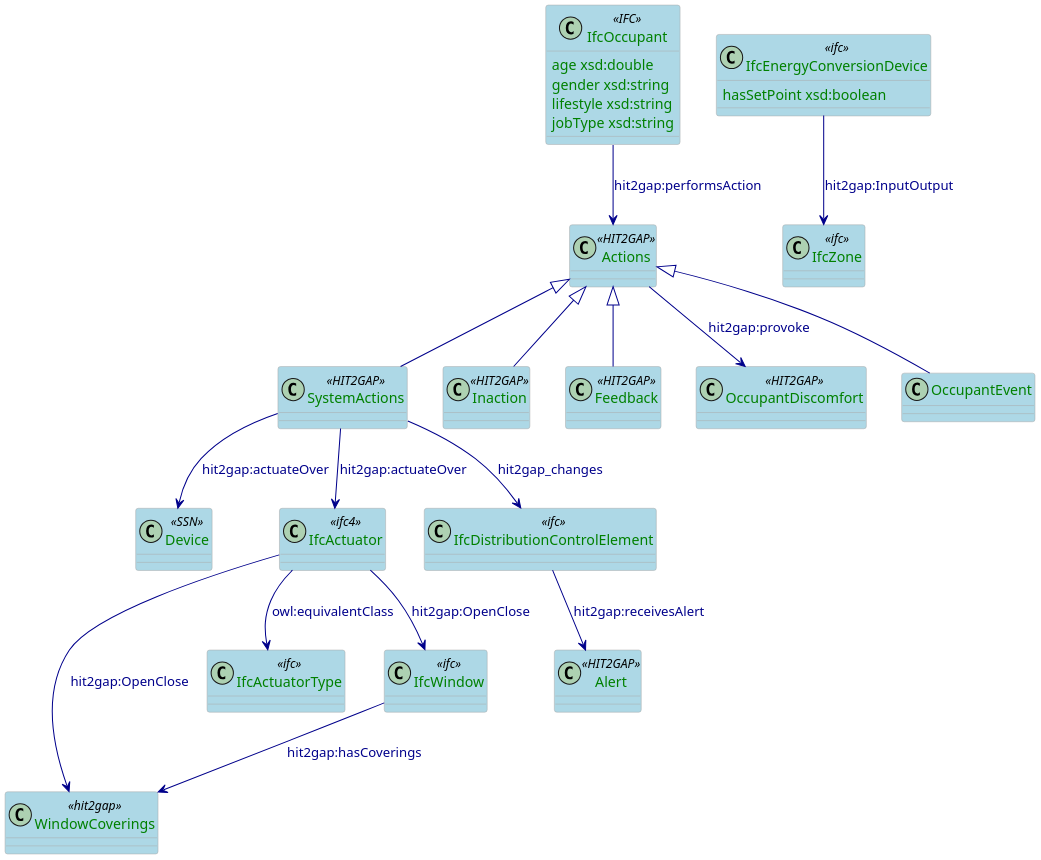
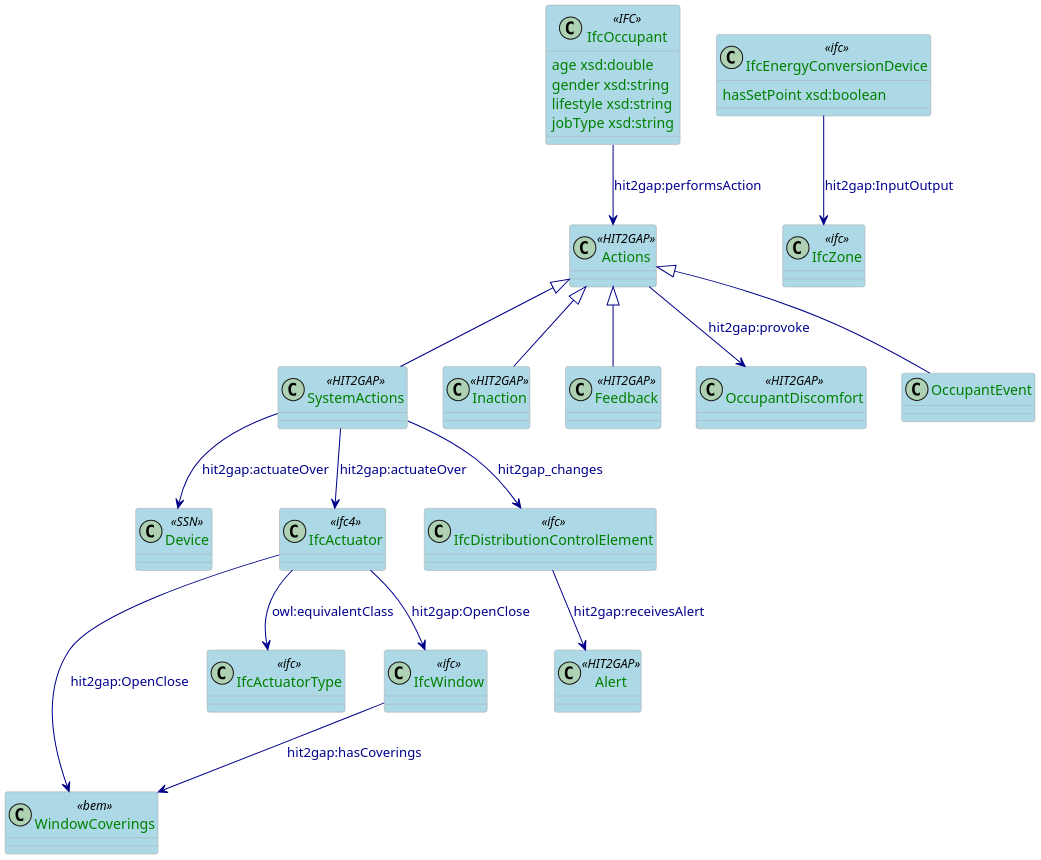
One commit to HIT2GAP-EU-PROJECT/BEMOnt changed the diagram in docs/_book/plantuml/ActionSpecification.puml. Above: the diagram before and after it, drawn with PlantUML. The commit also changed 347 other files, not shown here.

Commit message:
Update: remove all references to the Hit2gap project, and replace with bemserver.

```diff
--- a/docs/_book/plantuml/ActionSpecification.puml
+++ b/docs/_book/plantuml/ActionSpecification.puml
@@ -1,86 +1,86 @@
 @startuml
 
 scale 0.6
 
 skinparam class {
   ArrowColor DarkBlue
   ArrowFontColor DarkBlue
   BackgroundColor LightBlue
   BorderColor DarkGrey
 }
 skinparam dpi 300
 skinparam stereotypeCBackgroundColor Wheat
 skinparam classAttributeFontColor  Green
 
 class Actions <<HIT2GAP>>{
 
 }
 
 class SystemActions<<HIT2GAP>>{
 
 }
 
 class Device <<SSN>>{
 
 }
 
 class Alert <<HIT2GAP>>{
 
 }
 
 class Inaction <<HIT2GAP>>{
 
 }
 
 class Feedback <<HIT2GAP>>{
 
 }
 
 
 class OccupantDiscomfort <<HIT2GAP>>{
 
 }
 
-class WindowCoverings <<hit2gap>> 
+class WindowCoverings <<bem>> 
 
 
 class IfcActuator <<ifc4>>
 class IfcActuatorType <<ifc>>
 
 class IfcWindow <<ifc>>
 class IfcZone <<ifc>>
 
 class IfcDistributionControlElement <<ifc>>
 
 class IfcEnergyConversionDevice <<ifc>> {
   hasSetPoint xsd:boolean
 }
 
 class IfcOccupant <<IFC>>{
   age xsd:double
   gender xsd:string
   lifestyle xsd:string
   jobType xsd:string
 }
 
 Actions <|-- SystemActions
 Actions <|-- Inaction
 
 Actions <|-- Feedback
 Actions <|-- OccupantEvent
 
 Actions --> OccupantDiscomfort: hit2gap:provoke
 SystemActions --> IfcDistributionControlElement:hit2gap_changes
 IfcDistributionControlElement --> Alert: hit2gap:receivesAlert
 SystemActions --> Device: hit2gap:actuateOver
 SystemActions --> IfcActuator: hit2gap:actuateOver
 IfcOccupant --> Actions: hit2gap:performsAction
 IfcWindow --> WindowCoverings: hit2gap:hasCoverings
 IfcActuator --> IfcWindow: hit2gap:OpenClose
 IfcActuator --> WindowCoverings: hit2gap:OpenClose
 IfcEnergyConversionDevice --> IfcZone: hit2gap:InputOutput
 
 IfcActuator --> IfcActuatorType: owl:equivalentClass
 
 
 @enduml
```
